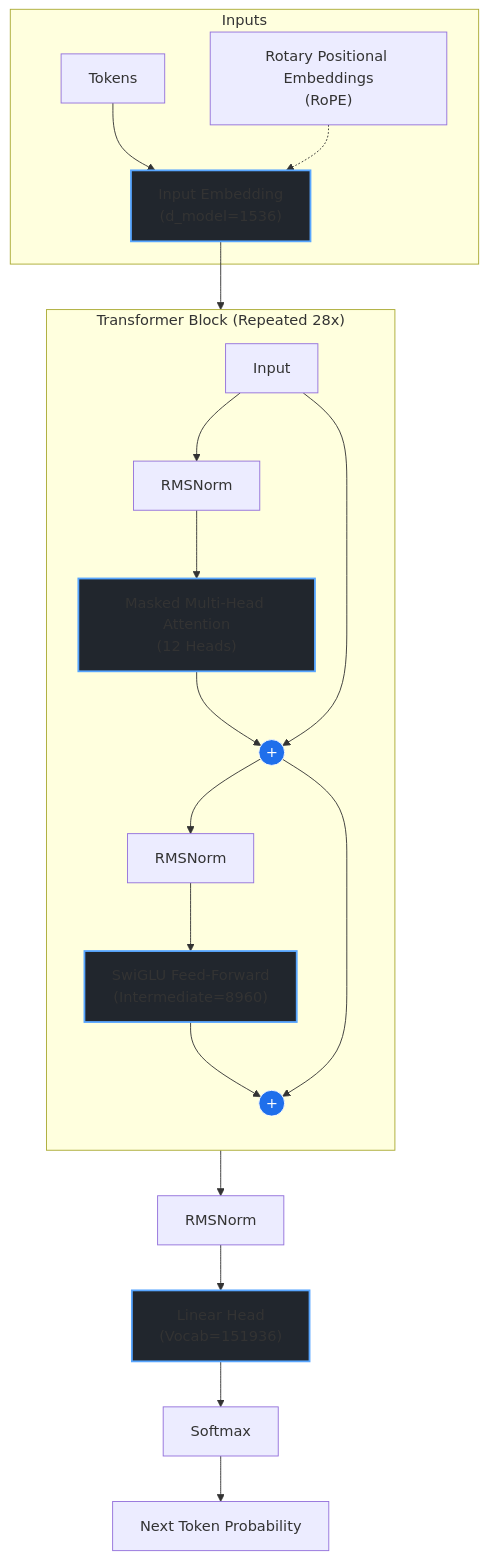
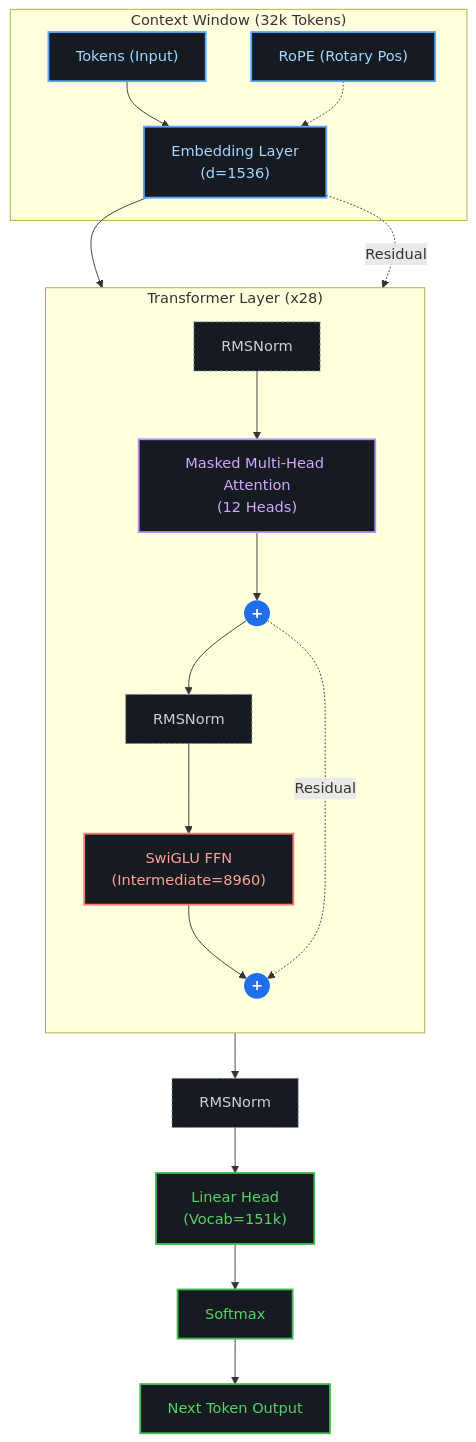
The first of 2 diagrams in README.md (jordansegoviagonzalez/sophia-ai), drawn with Mermaid before and after one commit. The commit also changed other lines of this file, not shown here.

Commit message:
Update diagram and README.md

````diff
--- a/README.md
+++ b/README.md
@@ -25,35 +25,36 @@
 ```mermaid
 graph TD
-    subgraph Inputs
-        T[Tokens] --> EMB["Input Embedding<br/>(d_model=1536)"]
-        POS["Rotary Positional Embeddings<br/>(RoPE)"] -.-> EMB
+    %% Cyberpunk / Scientific Color Palette
+    classDef input fill:#161b22,stroke:#58a6ff,stroke-width:2px,color:#a5d6ff;
+    classDef attn fill:#161b22,stroke:#bc8cff,stroke-width:2px,color:#d2a8ff;
+    classDef ffn fill:#161b22,stroke:#ff7b72,stroke-width:2px,color:#ffa198;
+    classDef norm fill:#161b22,stroke:#8b949e,stroke-width:1px,stroke-dasharray: 3 3,color:#c9d1d9;
+    classDef output fill:#161b22,stroke:#3fb950,stroke-width:2px,color:#56d364;
+    classDef residual fill:#1f6feb,stroke:none,color:#ffffff,font-weight:bold;
+
+    subgraph "Context Window (32k Tokens)"
+        TOK["Tokens (Input)"]:::input --> EMB["Embedding Layer<br/>(d=1536)"]:::input
+        ROPE["RoPE (Rotary Pos)"]:::input -.-> EMB
     end
 
-    EMB --> B0
+    EMB --> PRE_NORM_1[RMSNorm]:::norm
 
-    subgraph "Transformer Block (Repeated 28x)"
+    subgraph "Transformer Layer (x28)"
         direction TB
-        B0[Input] --> N1[RMSNorm]
-        N1 --> MHA["Masked Multi-Head Attention<br/>(12 Heads)"]
         
-        MHA --> RES1((+))
-        B0 --> RES1
+        PRE_NORM_1 --> MHA["Masked Multi-Head Attention<br/>(12 Heads)"]:::attn
+        MHA --> ADD_1((+)):::residual
+        EMB -.->|Residual| ADD_1
         
-        RES1 --> N2[RMSNorm]
-        N2 --> FFN["SwiGLU Feed-Forward<br/>(Intermediate=8960)"]
+        ADD_1 --> PRE_NORM_2[RMSNorm]:::norm
+        PRE_NORM_2 --> FFN["SwiGLU FFN<br/>(Intermediate=8960)"]:::ffn
         
-        FFN --> RES2((+))
-        RES1 --> RES2
+        FFN --> ADD_2((+)):::residual
+        ADD_1 -.->|Residual| ADD_2
     end
 
-    RES2 --> OUT_NORM[RMSNorm]
-    OUT_NORM --> HEAD["Linear Head<br/>(Vocab=151936)"]
-    HEAD --> SOFT[Softmax]
-    SOFT --> PROB[Next Token Probability]
-
-    classDef layer fill:#21262d,stroke:#58a6ff,stroke-width:2px;
-    classDef math fill:#1f6feb,stroke:#fff,color:white;
-    
-    class EMB,MHA,FFN,HEAD layer;
-    class RES1,RES2 math;
+    ADD_2 --> FINAL_NORM[RMSNorm]:::norm
+    FINAL_NORM --> LM_HEAD["Linear Head<br/>(Vocab=151k)"]:::output
+    LM_HEAD --> SOFT[Softmax]:::output
+    SOFT --> PROB["Next Token Output"]:::output
 ```
````
